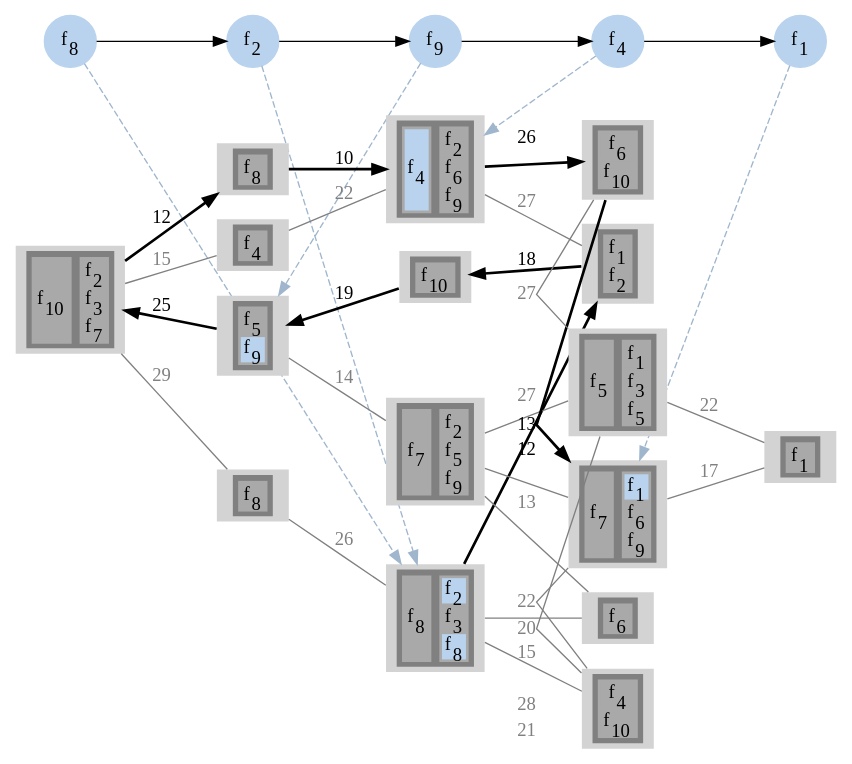
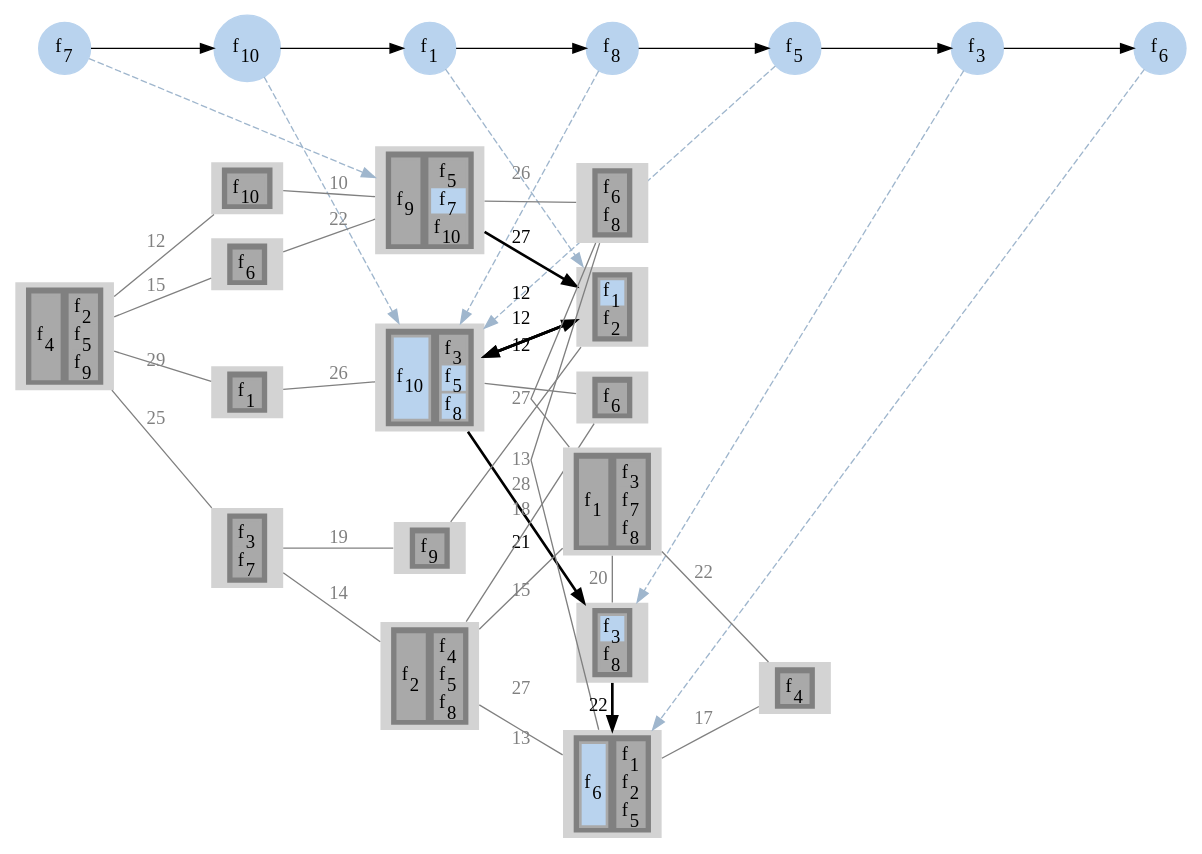
One commit to prateekshyap/SFC_Placement_in_VNF changed the diagram in output/sevenReliabilityOne/gv/sfcAssgn12.gv. Above: the diagram before and after it, drawn with Graphviz. The commit also changed 80 other files, not shown here.

```diff
--- a/output/sevenReliabilityOne/gv/sfcAssgn12.gv
+++ b/output/sevenReliabilityOne/gv/sfcAssgn12.gv
@@ -5,20 +5,26 @@
 subgraph sfc
 {
 node [shape=circle]
+{rank = same; f7; };
+{rank = same; f10; };
+{rank = same; f1; };
 {rank = same; f8; };
-{rank = same; f2; };
-{rank = same; f9; };
-{rank = same; f4; };
-{rank = same; f1; };
+{rank = same; f5; };
+{rank = same; f3; };
+{rank = same; f6; };
+f7[style=filled label=<f<SUB>7</SUB>> color="slategray2"]
+f10[style=filled label=<f<SUB>10</SUB>> color="slategray2"]
+f1[style=filled label=<f<SUB>1</SUB>> color="slategray2"]
 f8[style=filled label=<f<SUB>8</SUB>> color="slategray2"]
-f2[style=filled label=<f<SUB>2</SUB>> color="slategray2"]
-f9[style=filled label=<f<SUB>9</SUB>> color="slategray2"]
-f4[style=filled label=<f<SUB>4</SUB>> color="slategray2"]
-f1[style=filled label=<f<SUB>1</SUB>> color="slategray2"]
-f8 -> f2
-f2 -> f9
-f9 -> f4
-f4 -> f1
+f5[style=filled label=<f<SUB>5</SUB>> color="slategray2"]
+f3[style=filled label=<f<SUB>3</SUB>> color="slategray2"]
+f6[style=filled label=<f<SUB>6</SUB>> color="slategray2"]
+f7 -> f10
+f10 -> f1
+f1 -> f8
+f8 -> f5
+f5 -> f3
+f3 -> f6
 }
 subgraph network
 {
@@ -28,20 +34,20 @@
 {rank = same; 4; 6; 7; 9; };
 {rank = same; 5; 11; 10; 14; 12; 13; };
 {rank = same; 16; };
-6[style=filled
+4[style=filled
 label=<
 <TABLE BORDER="0" BGCOLOR="gray">
 <TR>
 <TD>
 <TABLE BORDER="0" BGCOLOR="darkgray">
-<TR><TD PORT="f27" BGCOLOR="darkgray">f<SUB>8</SUB></TD></TR>
+<TR><TD PORT="f34" BGCOLOR="darkgray">f<SUB>9</SUB></TD></TR>
 </TABLE>
 </TD>
 <TD>
 <TABLE BORDER="0" BGCOLOR="darkgray">
-<TR><TD PORT="f9" BGCOLOR="slategray2">f<SUB>2</SUB></TD></TR>
-<TR><TD PORT="f10" BGCOLOR="darkgray">f<SUB>3</SUB></TD></TR>
-<TR><TD PORT="f30" BGCOLOR="slategray2">f<SUB>8</SUB></TD></TR>
+<TR><TD PORT="f19" BGCOLOR="darkgray">f<SUB>5</SUB></TD></TR>
+<TR><TD PORT="f25" BGCOLOR="slategray2">f<SUB>7</SUB></TD></TR>
+<TR><TD PORT="f38" BGCOLOR="darkgray">f<SUB>10</SUB></TD></TR>
 </TABLE>
 </TD>
 </TR>
@@ -53,14 +59,185 @@
 <TR>
 <TD>
 <TABLE BORDER="0" BGCOLOR="darkgray">
-<TR><TD PORT="f27" BGCOLOR="darkgray">f<SUB>8</SUB></TD></TR>
+<TR><TD PORT="f36" BGCOLOR="slategray2">f<SUB>10</SUB></TD></TR>
 </TABLE>
 </TD>
 <TD>
 <TABLE BORDER="0" BGCOLOR="darkgray">
-<TR><TD PORT="f9" BGCOLOR="slategray2">f<SUB>2</SUB></TD></TR>
-<TR><TD PORT="f10" BGCOLOR="darkgray">f<SUB>3</SUB></TD></TR>
-<TR><TD PORT="f30" BGCOLOR="slategray2">f<SUB>8</SUB></TD></TR>
+<TR><TD PORT="f9" BGCOLOR="darkgray">f<SUB>3</SUB></TD></TR>
+<TR><TD PORT="f16" BGCOLOR="slategray2">f<SUB>5</SUB></TD></TR>
+<TR><TD PORT="f28" BGCOLOR="slategray2">f<SUB>8</SUB></TD></TR>
+</TABLE>
+</TD>
+</TR>
+</TABLE>>]
+
+6[style=filled
+label=<
+<TABLE BORDER="0" BGCOLOR="gray">
+<TR>
+<TD>
+<TABLE BORDER="0" BGCOLOR="darkgray">
+<TR><TD PORT="f36" BGCOLOR="slategray2">f<SUB>10</SUB></TD></TR>
+</TABLE>
+</TD>
+<TD>
+<TABLE BORDER="0" BGCOLOR="darkgray">
+<TR><TD PORT="f9" BGCOLOR="darkgray">f<SUB>3</SUB></TD></TR>
+<TR><TD PORT="f16" BGCOLOR="slategray2">f<SUB>5</SUB></TD></TR>
+<TR><TD PORT="f28" BGCOLOR="slategray2">f<SUB>8</SUB></TD></TR>
+</TABLE>
+</TD>
+</TR>
+</TABLE>>]
+
+5[style=filled
+label=<
+<TABLE BORDER="0" BGCOLOR="gray">
+<TR>
+<TD>
+<TABLE BORDER="0" BGCOLOR="darkgray">
+<TR><TD PORT="f1" BGCOLOR="slategray2">f<SUB>1</SUB></TD></TR>
+<TR><TD PORT="f5" BGCOLOR="darkgray">f<SUB>2</SUB></TD></TR>
+</TABLE>
+</TD>
+</TR>
+</TABLE>>]
+
+5[style=filled
+label=<
+<TABLE BORDER="0" BGCOLOR="gray">
+<TR>
+<TD>
+<TABLE BORDER="0" BGCOLOR="darkgray">
+<TR><TD PORT="f1" BGCOLOR="slategray2">f<SUB>1</SUB></TD></TR>
+<TR><TD PORT="f5" BGCOLOR="darkgray">f<SUB>2</SUB></TD></TR>
+</TABLE>
+</TD>
+</TR>
+</TABLE>>]
+
+6[style=filled
+label=<
+<TABLE BORDER="0" BGCOLOR="gray">
+<TR>
+<TD>
+<TABLE BORDER="0" BGCOLOR="darkgray">
+<TR><TD PORT="f36" BGCOLOR="slategray2">f<SUB>10</SUB></TD></TR>
+</TABLE>
+</TD>
+<TD>
+<TABLE BORDER="0" BGCOLOR="darkgray">
+<TR><TD PORT="f9" BGCOLOR="darkgray">f<SUB>3</SUB></TD></TR>
+<TR><TD PORT="f16" BGCOLOR="slategray2">f<SUB>5</SUB></TD></TR>
+<TR><TD PORT="f28" BGCOLOR="slategray2">f<SUB>8</SUB></TD></TR>
+</TABLE>
+</TD>
+</TR>
+</TABLE>>]
+
+6[style=filled
+label=<
+<TABLE BORDER="0" BGCOLOR="gray">
+<TR>
+<TD>
+<TABLE BORDER="0" BGCOLOR="darkgray">
+<TR><TD PORT="f36" BGCOLOR="slategray2">f<SUB>10</SUB></TD></TR>
+</TABLE>
+</TD>
+<TD>
+<TABLE BORDER="0" BGCOLOR="darkgray">
+<TR><TD PORT="f9" BGCOLOR="darkgray">f<SUB>3</SUB></TD></TR>
+<TR><TD PORT="f16" BGCOLOR="slategray2">f<SUB>5</SUB></TD></TR>
+<TR><TD PORT="f28" BGCOLOR="slategray2">f<SUB>8</SUB></TD></TR>
+</TABLE>
+</TD>
+</TR>
+</TABLE>>]
+
+14[style=filled
+label=<
+<TABLE BORDER="0" BGCOLOR="gray">
+<TR>
+<TD>
+<TABLE BORDER="0" BGCOLOR="darkgray">
+<TR><TD PORT="f10" BGCOLOR="slategray2">f<SUB>3</SUB></TD></TR>
+<TR><TD PORT="f32" BGCOLOR="darkgray">f<SUB>8</SUB></TD></TR>
+</TABLE>
+</TD>
+</TR>
+</TABLE>>]
+
+14[style=filled
+label=<
+<TABLE BORDER="0" BGCOLOR="gray">
+<TR>
+<TD>
+<TABLE BORDER="0" BGCOLOR="darkgray">
+<TR><TD PORT="f10" BGCOLOR="slategray2">f<SUB>3</SUB></TD></TR>
+<TR><TD PORT="f32" BGCOLOR="darkgray">f<SUB>8</SUB></TD></TR>
+</TABLE>
+</TD>
+</TR>
+</TABLE>>]
+
+12[style=filled
+label=<
+<TABLE BORDER="0" BGCOLOR="gray">
+<TR>
+<TD>
+<TABLE BORDER="0" BGCOLOR="darkgray">
+<TR><TD PORT="f22" BGCOLOR="slategray2">f<SUB>6</SUB></TD></TR>
+</TABLE>
+</TD>
+<TD>
+<TABLE BORDER="0" BGCOLOR="darkgray">
+<TR><TD PORT="f2" BGCOLOR="darkgray">f<SUB>1</SUB></TD></TR>
+<TR><TD PORT="f7" BGCOLOR="darkgray">f<SUB>2</SUB></TD></TR>
+<TR><TD PORT="f17" BGCOLOR="darkgray">f<SUB>5</SUB></TD></TR>
+</TABLE>
+</TD>
+</TR>
+</TABLE>>]
+
+1[style=filled
+label=<
+<TABLE BORDER="0" BGCOLOR="gray">
+<TR>
+<TD>
+<TABLE BORDER="0" BGCOLOR="darkgray">
+<TR><TD PORT="f13" BGCOLOR="darkgray">f<SUB>4</SUB></TD></TR>
+</TABLE>
+</TD>
+<TD>
+<TABLE BORDER="0" BGCOLOR="darkgray">
+<TR><TD PORT="f8" BGCOLOR="darkgray">f<SUB>2</SUB></TD></TR>
+<TR><TD PORT="f20" BGCOLOR="darkgray">f<SUB>5</SUB></TD></TR>
+<TR><TD PORT="f35" BGCOLOR="darkgray">f<SUB>9</SUB></TD></TR>
+</TABLE>
+</TD>
+</TR>
+</TABLE>>]
+
+2[style=filled
+label=<
+<TABLE BORDER="0" BGCOLOR="gray">
+<TR>
+<TD>
+<TABLE BORDER="0" BGCOLOR="darkgray">
+<TR><TD PORT="f37" BGCOLOR="darkgray">f<SUB>10</SUB></TD></TR>
+</TABLE>
+</TD>
+</TR>
+</TABLE>>]
+
+3[style=filled
+label=<
+<TABLE BORDER="0" BGCOLOR="gray">
+<TR>
+<TD>
+<TABLE BORDER="0" BGCOLOR="darkgray">
+<TR><TD PORT="f4" BGCOLOR="darkgray">f<SUB>1</SUB></TD></TR>
 </TABLE>
 </TD>
 </TR>
@@ -72,121 +249,8 @@
 <TR>
 <TD>
 <TABLE BORDER="0" BGCOLOR="darkgray">
-<TR><TD PORT="f17" BGCOLOR="darkgray">f<SUB>5</SUB></TD></TR>
-<TR><TD PORT="f34" BGCOLOR="slategray2">f<SUB>9</SUB></TD></TR>
-</TABLE>
-</TD>
-</TR>
-</TABLE>>]
-
-8[style=filled
-label=<
-<TABLE BORDER="0" BGCOLOR="gray">
-<TR>
-<TD>
-<TABLE BORDER="0" BGCOLOR="darkgray">
-<TR><TD PORT="f17" BGCOLOR="darkgray">f<SUB>5</SUB></TD></TR>
-<TR><TD PORT="f34" BGCOLOR="slategray2">f<SUB>9</SUB></TD></TR>
-</TABLE>
-</TD>
-</TR>
-</TABLE>>]
-
-4[style=filled
-label=<
-<TABLE BORDER="0" BGCOLOR="gray">
-<TR>
-<TD>
-<TABLE BORDER="0" BGCOLOR="darkgray">
-<TR><TD PORT="f15" BGCOLOR="slategray2">f<SUB>4</SUB></TD></TR>
-</TABLE>
-</TD>
-<TD>
-<TABLE BORDER="0" BGCOLOR="darkgray">
-<TR><TD PORT="f8" BGCOLOR="darkgray">f<SUB>2</SUB></TD></TR>
-<TR><TD PORT="f21" BGCOLOR="darkgray">f<SUB>6</SUB></TD></TR>
-<TR><TD PORT="f31" BGCOLOR="darkgray">f<SUB>9</SUB></TD></TR>
-</TABLE>
-</TD>
-</TR>
-</TABLE>>]
-
-4[style=filled
-label=<
-<TABLE BORDER="0" BGCOLOR="gray">
-<TR>
-<TD>
-<TABLE BORDER="0" BGCOLOR="darkgray">
-<TR><TD PORT="f15" BGCOLOR="slategray2">f<SUB>4</SUB></TD></TR>
-</TABLE>
-</TD>
-<TD>
-<TABLE BORDER="0" BGCOLOR="darkgray">
-<TR><TD PORT="f8" BGCOLOR="darkgray">f<SUB>2</SUB></TD></TR>
-<TR><TD PORT="f21" BGCOLOR="darkgray">f<SUB>6</SUB></TD></TR>
-<TR><TD PORT="f31" BGCOLOR="darkgray">f<SUB>9</SUB></TD></TR>
-</TABLE>
-</TD>
-</TR>
-</TABLE>>]
-
-12[style=filled
-label=<
-<TABLE BORDER="0" BGCOLOR="gray">
-<TR>
-<TD>
-<TABLE BORDER="0" BGCOLOR="darkgray">
-<TR><TD PORT="f25" BGCOLOR="darkgray">f<SUB>7</SUB></TD></TR>
-</TABLE>
-</TD>
-<TD>
-<TABLE BORDER="0" BGCOLOR="darkgray">
-<TR><TD PORT="f2" BGCOLOR="slategray2">f<SUB>1</SUB></TD></TR>
-<TR><TD PORT="f22" BGCOLOR="darkgray">f<SUB>6</SUB></TD></TR>
-<TR><TD PORT="f33" BGCOLOR="darkgray">f<SUB>9</SUB></TD></TR>
-</TABLE>
-</TD>
-</TR>
-</TABLE>>]
-
-1[style=filled
-label=<
-<TABLE BORDER="0" BGCOLOR="gray">
-<TR>
-<TD>
-<TABLE BORDER="0" BGCOLOR="darkgray">
-<TR><TD PORT="f35" BGCOLOR="darkgray">f<SUB>10</SUB></TD></TR>
-</TABLE>
-</TD>
-<TD>
-<TABLE BORDER="0" BGCOLOR="darkgray">
-<TR><TD PORT="f7" BGCOLOR="darkgray">f<SUB>2</SUB></TD></TR>
 <TR><TD PORT="f11" BGCOLOR="darkgray">f<SUB>3</SUB></TD></TR>
-<TR><TD PORT="f26" BGCOLOR="darkgray">f<SUB>7</SUB></TD></TR>
-</TABLE>
-</TD>
-</TR>
-</TABLE>>]
-
-2[style=filled
-label=<
-<TABLE BORDER="0" BGCOLOR="gray">
-<TR>
-<TD>
-<TABLE BORDER="0" BGCOLOR="darkgray">
-<TR><TD PORT="f28" BGCOLOR="darkgray">f<SUB>8</SUB></TD></TR>
-</TABLE>
-</TD>
-</TR>
-</TABLE>>]
-
-3[style=filled
-label=<
-<TABLE BORDER="0" BGCOLOR="gray">
-<TR>
-<TD>
-<TABLE BORDER="0" BGCOLOR="darkgray">
-<TR><TD PORT="f29" BGCOLOR="darkgray">f<SUB>8</SUB></TD></TR>
+<TR><TD PORT="f27" BGCOLOR="darkgray">f<SUB>7</SUB></TD></TR>
 </TABLE>
 </TD>
 </TR>
@@ -198,20 +262,7 @@
 <TR>
 <TD>
 <TABLE BORDER="0" BGCOLOR="darkgray">
-<TR><TD PORT="f14" BGCOLOR="darkgray">f<SUB>4</SUB></TD></TR>
-</TABLE>
-</TD>
-</TR>
-</TABLE>>]
-
-5[style=filled
-label=<
-<TABLE BORDER="0" BGCOLOR="gray">
-<TR>
-<TD>
-<TABLE BORDER="0" BGCOLOR="darkgray">
-<TR><TD PORT="f1" BGCOLOR="darkgray">f<SUB>1</SUB></TD></TR>
-<TR><TD PORT="f5" BGCOLOR="darkgray">f<SUB>2</SUB></TD></TR>
+<TR><TD PORT="f23" BGCOLOR="darkgray">f<SUB>6</SUB></TD></TR>
 </TABLE>
 </TD>
 </TR>
@@ -223,8 +274,8 @@
 <TR>
 <TD>
 <TABLE BORDER="0" BGCOLOR="darkgray">
-<TR><TD PORT="f23" BGCOLOR="darkgray">f<SUB>6</SUB></TD></TR>
-<TR><TD PORT="f38" BGCOLOR="darkgray">f<SUB>10</SUB></TD></TR>
+<TR><TD PORT="f24" BGCOLOR="darkgray">f<SUB>6</SUB></TD></TR>
+<TR><TD PORT="f30" BGCOLOR="darkgray">f<SUB>8</SUB></TD></TR>
 </TABLE>
 </TD>
 </TR>
@@ -236,7 +287,7 @@
 <TR>
 <TD>
 <TABLE BORDER="0" BGCOLOR="darkgray">
-<TR><TD PORT="f37" BGCOLOR="darkgray">f<SUB>10</SUB></TD></TR>
+<TR><TD PORT="f33" BGCOLOR="darkgray">f<SUB>9</SUB></TD></TR>
 </TABLE>
 </TD>
 </TR>
@@ -248,20 +299,7 @@
 <TR>
 <TD>
 <TABLE BORDER="0" BGCOLOR="darkgray">
-<TR><TD PORT="f20" BGCOLOR="darkgray">f<SUB>6</SUB></TD></TR>
-</TABLE>
-</TD>
-</TR>
-</TABLE>>]
-
-14[style=filled
-label=<
-<TABLE BORDER="0" BGCOLOR="gray">
-<TR>
-<TD>
-<TABLE BORDER="0" BGCOLOR="darkgray">
-<TR><TD PORT="f13" BGCOLOR="darkgray">f<SUB>4</SUB></TD></TR>
-<TR><TD PORT="f36" BGCOLOR="darkgray">f<SUB>10</SUB></TD></TR>
+<TR><TD PORT="f21" BGCOLOR="darkgray">f<SUB>6</SUB></TD></TR>
 </TABLE>
 </TD>
 </TR>
@@ -273,14 +311,14 @@
 <TR>
 <TD>
 <TABLE BORDER="0" BGCOLOR="darkgray">
-<TR><TD PORT="f24" BGCOLOR="darkgray">f<SUB>7</SUB></TD></TR>
+<TR><TD PORT="f6" BGCOLOR="darkgray">f<SUB>2</SUB></TD></TR>
 </TABLE>
 </TD>
 <TD>
 <TABLE BORDER="0" BGCOLOR="darkgray">
-<TR><TD PORT="f6" BGCOLOR="darkgray">f<SUB>2</SUB></TD></TR>
-<TR><TD PORT="f16" BGCOLOR="darkgray">f<SUB>5</SUB></TD></TR>
-<TR><TD PORT="f32" BGCOLOR="darkgray">f<SUB>9</SUB></TD></TR>
+<TR><TD PORT="f15" BGCOLOR="darkgray">f<SUB>4</SUB></TD></TR>
+<TR><TD PORT="f18" BGCOLOR="darkgray">f<SUB>5</SUB></TD></TR>
+<TR><TD PORT="f29" BGCOLOR="darkgray">f<SUB>8</SUB></TD></TR>
 </TABLE>
 </TD>
 </TR>
@@ -292,14 +330,14 @@
 <TR>
 <TD>
 <TABLE BORDER="0" BGCOLOR="darkgray">
-<TR><TD PORT="f18" BGCOLOR="darkgray">f<SUB>5</SUB></TD></TR>
+<TR><TD PORT="f3" BGCOLOR="darkgray">f<SUB>1</SUB></TD></TR>
 </TABLE>
 </TD>
 <TD>
 <TABLE BORDER="0" BGCOLOR="darkgray">
-<TR><TD PORT="f3" BGCOLOR="darkgray">f<SUB>1</SUB></TD></TR>
 <TR><TD PORT="f12" BGCOLOR="darkgray">f<SUB>3</SUB></TD></TR>
-<TR><TD PORT="f19" BGCOLOR="darkgray">f<SUB>5</SUB></TD></TR>
+<TR><TD PORT="f26" BGCOLOR="darkgray">f<SUB>7</SUB></TD></TR>
+<TR><TD PORT="f31" BGCOLOR="darkgray">f<SUB>8</SUB></TD></TR>
 </TABLE>
 </TD>
 </TR>
@@ -311,41 +349,45 @@
 <TR>
 <TD>
 <TABLE BORDER="0" BGCOLOR="darkgray">
-<TR><TD PORT="f4" BGCOLOR="darkgray">f<SUB>1</SUB></TD></TR>
+<TR><TD PORT="f14" BGCOLOR="darkgray">f<SUB>4</SUB></TD></TR>
 </TABLE>
 </TD>
 </TR>
 </TABLE>>]
 
+4 -> 5[label="27" color="black" penwidth=2]
+5 -> 6[label="12" color="black" penwidth=2]
 6 -> 5[label="12" color="black" penwidth=2]
-5 -> 7[label="18" color="black" penwidth=2]
-7 -> 8[label="19" color="black" penwidth=2]
-8 -> 1[label="25" color="black" penwidth=2]
-1 -> 2[label="12" color="black" penwidth=2]
-2 -> 4[label="10" color="black" penwidth=2]
-4 -> 11[label="26" color="black" penwidth=2]
-11 -> 12[label="13" color="black" penwidth=2]
+5 -> 6[label="12" color="black" penwidth=2]
+6 -> 14[label="21" color="black" penwidth=2]
+14 -> 12[label="22" color="black" penwidth=2]
+1 -> 2[label="12" color="gray" fontcolor="gray" dir = none]
 1 -> 3[label="29" color="gray" fontcolor="gray" dir = none]
+1 -> 8[label="25" color="gray" fontcolor="gray" dir = none]
 1 -> 15[label="15" color="gray" fontcolor="gray" dir = none]
+2 -> 4[label="10" color="gray" fontcolor="gray" dir = none]
 3 -> 6[label="26" color="gray" fontcolor="gray" dir = none]
-4 -> 5[label="27" color="gray" fontcolor="gray" dir = none]
+4 -> 11[label="26" color="gray" fontcolor="gray" dir = none]
 4 -> 15[label="22" color="gray" fontcolor="gray" dir = none]
+5 -> 7[label="18" color="gray" fontcolor="gray" dir = none]
 6 -> 10[label="28" color="gray" fontcolor="gray" dir = none]
-6 -> 14[label="21" color="gray" fontcolor="gray" dir = none]
+7 -> 8[label="19" color="gray" fontcolor="gray" dir = none]
 8 -> 9[label="14" color="gray" fontcolor="gray" dir = none]
 9 -> 10[label="15" color="gray" fontcolor="gray" dir = none]
 9 -> 12[label="13" color="gray" fontcolor="gray" dir = none]
 9 -> 13[label="27" color="gray" fontcolor="gray" dir = none]
+11 -> 12[label="13" color="gray" fontcolor="gray" dir = none]
 11 -> 13[label="27" color="gray" fontcolor="gray" dir = none]
-12 -> 14[label="22" color="gray" fontcolor="gray" dir = none]
 12 -> 16[label="17" color="gray" fontcolor="gray" dir = none]
 13 -> 14[label="20" color="gray" fontcolor="gray" dir = none]
 13 -> 16[label="22" color="gray" fontcolor="gray" dir = none]
 }
 splines=false
+f7 -> 4[color="slategray3" style=dashed constraint=false]
+f10 -> 6[color="slategray3" style=dashed constraint=false]
+f1 -> 5[color="slategray3" style=dashed constraint=false]
 f8 -> 6[color="slategray3" style=dashed constraint=false]
-f2 -> 6[color="slategray3" style=dashed constraint=false]
-f9 -> 8[color="slategray3" style=dashed constraint=false]
-f4 -> 4[color="slategray3" style=dashed constraint=false]
-f1 -> 12[color="slategray3" style=dashed constraint=false]
+f5 -> 6[color="slategray3" style=dashed constraint=false]
+f3 -> 14[color="slategray3" style=dashed constraint=false]
+f6 -> 12[color="slategray3" style=dashed constraint=false]
 }
```
